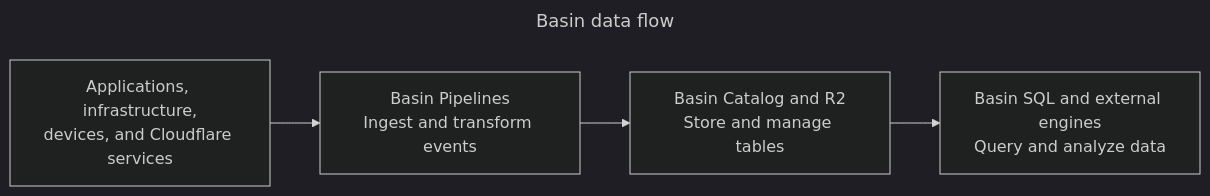
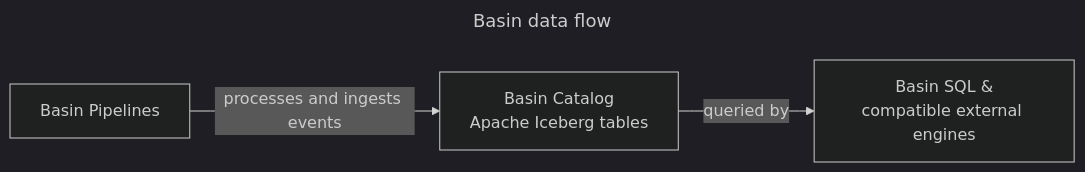
One commit to cloudflare/cloudflare-docs changed the diagram in src/content/docs/basin/index.mdx. Above: the diagram before and after it, drawn with Mermaid (dark theme). The commit also changed other lines of this file and 7 other files, not shown here.

````diff
--- a/src/content/docs/basin/index.mdx
+++ b/src/content/docs/basin/index.mdx
@@ -32,11 +29,11 @@
 ```mermaid
 ---
 title: Basin data flow
 ---
 flowchart LR
-	sources["Applications, infrastructure,<br/>devices, and Cloudflare services"]
-	pipelines["Basin Pipelines<br/>Ingest and transform events"]
-	storage["Basin Catalog and R2<br/>Store and manage tables"]
-	query["Basin SQL and external engines<br/>Query and analyze data"]
-	sources --> pipelines --> storage --> query
+	pipelines["Basin Pipelines"]
+	catalog["Basin Catalog<br/>Apache Iceberg tables"]
+	sql["Basin SQL &<br/>compatible external engines"]
+	pipelines -->|processes and ingests events| catalog
+	catalog -->|queried by| sql
 ```
````
